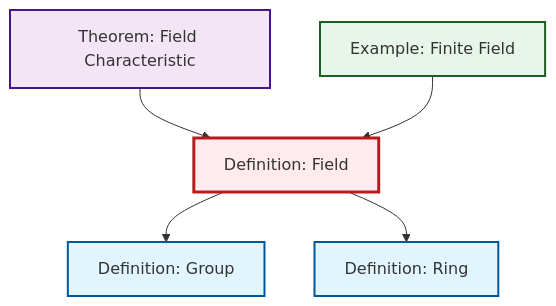
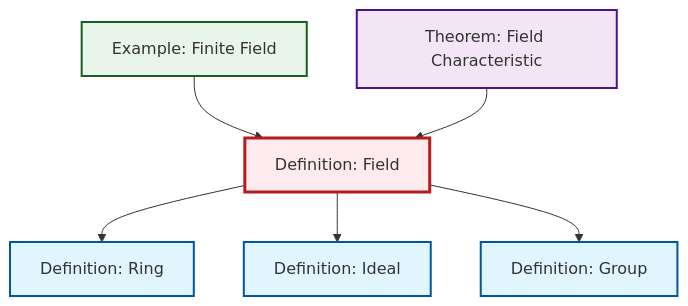
One commit to RK0429/ModernMath changed the diagram in content/en/algebra/def-field.qmd. Above: the diagram before and after it, drawn with Mermaid. The commit also changed 530 other files, not shown here.

````diff
--- a/content/en/algebra/def-field.qmd
+++ b/content/en/algebra/def-field.qmd
@@ -53,23 +53,26 @@
 ```{mermaid}
 %%| fig-cap: "Local dependency graph"
 graph TD
     classDef definition fill:#e1f5fe,stroke:#01579b,stroke-width:2px
     classDef theorem fill:#f3e5f5,stroke:#4a148c,stroke-width:2px
     classDef axiom fill:#fff3e0,stroke:#e65100,stroke-width:2px
     classDef example fill:#e8f5e9,stroke:#1b5e20,stroke-width:2px
     classDef current fill:#ffebee,stroke:#b71c1c,stroke-width:3px
-    def-ring["Definition: Ring"]:::definition
-    def-field["Definition: Field"]:::definition
+    def-ideal["Definition: Ideal"]:::definition
     ex-finite-field["Example: Finite Field"]:::example
     def-group["Definition: Group"]:::definition
+    def-field["Definition: Field"]:::definition
     thm-field-characteristic["Theorem: Field Characteristic"]:::theorem
-    thm-field-characteristic --> def-field
-    def-field --> def-group
+    def-ring["Definition: Ring"]:::definition
     def-field --> def-ring
     ex-finite-field --> def-field
+    def-field --> def-ideal
+    def-field --> def-group
+    thm-field-characteristic --> def-field
     class def-field current
-    click def-ring "def-ring.html" "Go to Ring definition"
+    click def-ideal "def-ideal.html" "Go to Ideal definition"
     click ex-finite-field "ex-finite-field.html" "Go to Finite Field example"
     click def-group "def-group.html" "Go to Group definition"
     click thm-field-characteristic "thm-field-characteristic.html" "Go to Field Characteristic theorem"
+    click def-ring "def-ring.html" "Go to Ring definition"
 ```
````
